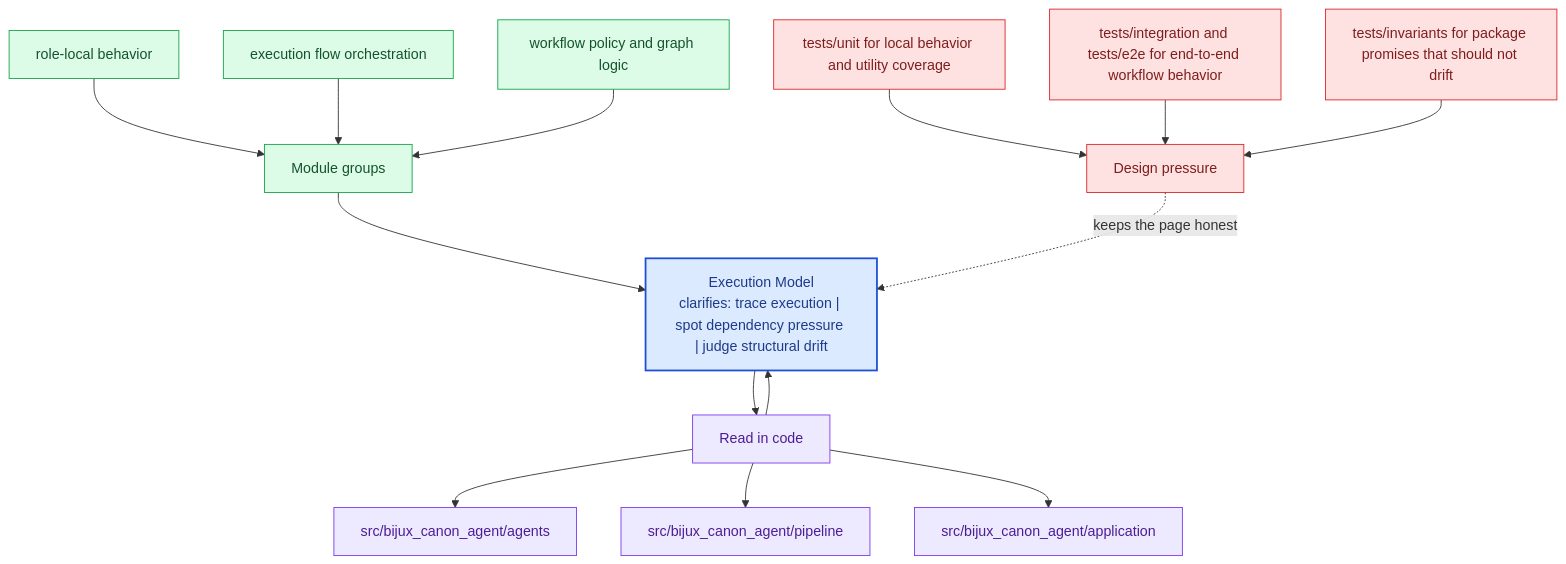
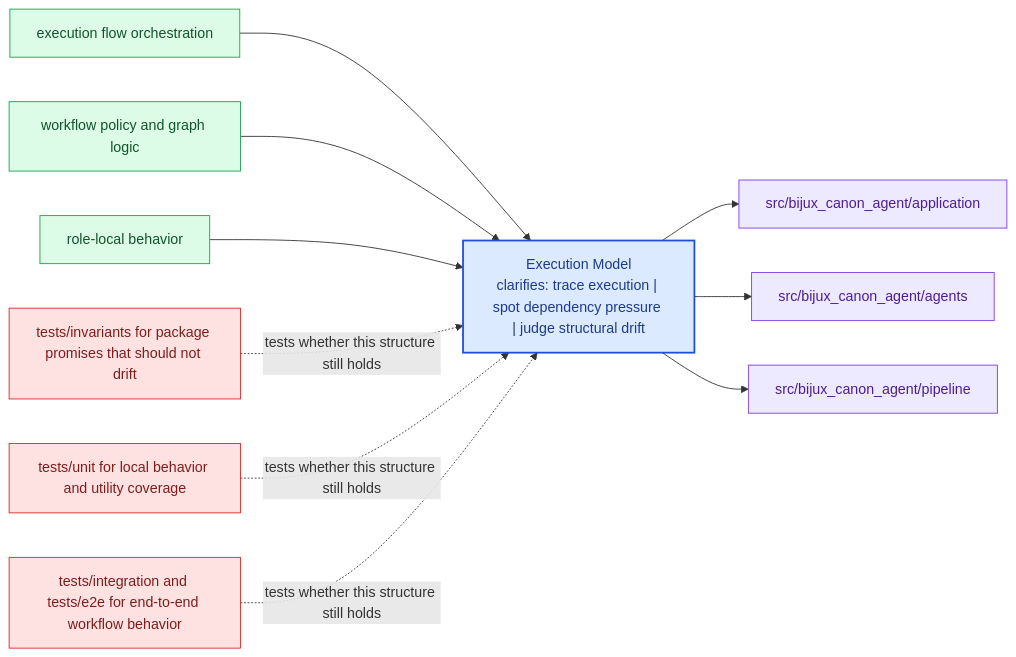
One commit to bijux/bijux-canon changed the diagram in docs/bijux-canon-agent/architecture/execution-model.md. Above: the diagram before and after it, drawn with Mermaid. The commit also changed other lines of this file and 281 other files, not shown here.

Commit message:
docs(diagrams): replace repeated mermaid scaffolds with page-specific summaries

````diff
--- a/docs/bijux-canon-agent/architecture/execution-model.md
+++ b/docs/bijux-canon-agent/architecture/execution-model.md
@@ -69,40 +24,31 @@
 ```mermaid
-flowchart TB
-    promise["Execution Model<br/>clarifies: trace execution | spot dependency pressure | judge structural drift"]
-    classDef promise fill:#dbeafe,stroke:#1d4ed8,color:#1e3a8a,stroke-width:2px;
-    classDef driver fill:#dcfce7,stroke:#16a34a,color:#14532d;
-    classDef constraint fill:#fee2e2,stroke:#dc2626,color:#7f1d1d;
-    classDef ground fill:#ede9fe,stroke:#7c3aed,color:#4c1d95;
-    focus1["Module groups"]
-    focus1 --> promise
-    focus1_1["role-local behavior"]
-    focus1_1 --> focus1
-    focus1_2["execution flow orchestration"]
-    focus1_2 --> focus1
-    focus1_3["workflow policy and graph logic"]
-    focus1_3 --> focus1
-    class focus1 driver;
-    class focus1_1,focus1_2,focus1_3 driver;
-    focus2["Read in code"]
-    focus2 --> promise
-    promise --> focus2
-    focus2_1["src/bijux_canon_agent/agents"]
-    focus2 --> focus2_1
-    focus2_2["src/bijux_canon_agent/pipeline"]
-    focus2 --> focus2_2
-    focus2_3["src/bijux_canon_agent/application"]
-    focus2 --> focus2_3
-    class focus2 ground;
-    class focus2_1,focus2_2,focus2_3 ground;
-    focus3["Design pressure"]
-    focus3 -.keeps the page honest.-> promise
-    focus3_1["tests/unit for local behavior and utility coverage"]
-    focus3_1 --> focus3
-    focus3_2["tests/integration and tests/e2e for end-to-end workflow behavior"]
-    focus3_2 --> focus3
-    focus3_3["tests/invariants for package promises that should not drift"]
-    focus3_3 --> focus3
-    class focus3 constraint;
-    class focus3_1,focus3_2,focus3_3 constraint;
-    class promise promise;
+flowchart LR
+    page["Execution Model<br/>clarifies: trace execution | spot dependency pressure | judge structural drift"]
+    classDef page fill:#dbeafe,stroke:#1d4ed8,color:#1e3a8a,stroke-width:2px;
+    classDef positive fill:#dcfce7,stroke:#16a34a,color:#14532d;
+    classDef caution fill:#fee2e2,stroke:#dc2626,color:#7f1d1d;
+    classDef anchor fill:#ede9fe,stroke:#7c3aed,color:#4c1d95;
+    classDef action fill:#fef3c7,stroke:#d97706,color:#7c2d12;
+    module1["execution flow orchestration"]
+    module1 --> page
+    module2["workflow policy and graph logic"]
+    module2 --> page
+    module3["role-local behavior"]
+    module3 --> page
+    code1["src/bijux_canon_agent/application"]
+    page --> code1
+    code2["src/bijux_canon_agent/agents"]
+    page --> code2
+    code3["src/bijux_canon_agent/pipeline"]
+    page --> code3
+    pressure1["tests/invariants for package promises that should not drift"]
+    pressure1 -.tests whether this structure still holds.-> page
+    pressure2["tests/unit for local behavior and utility coverage"]
+    pressure2 -.tests whether this structure still holds.-> page
+    pressure3["tests/integration and tests/e2e for end-to-end workflow behavior"]
+    pressure3 -.tests whether this structure still holds.-> page
+    class page page;
+    class module1,module2,module3 positive;
+    class code1,code2,code3 anchor;
+    class pressure1,pressure2,pressure3 caution;
 ```
````
